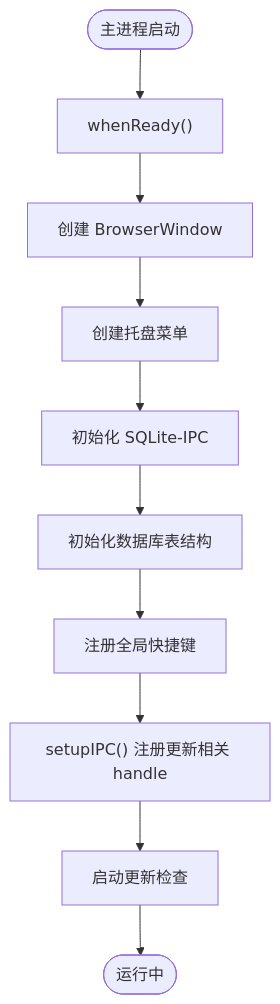
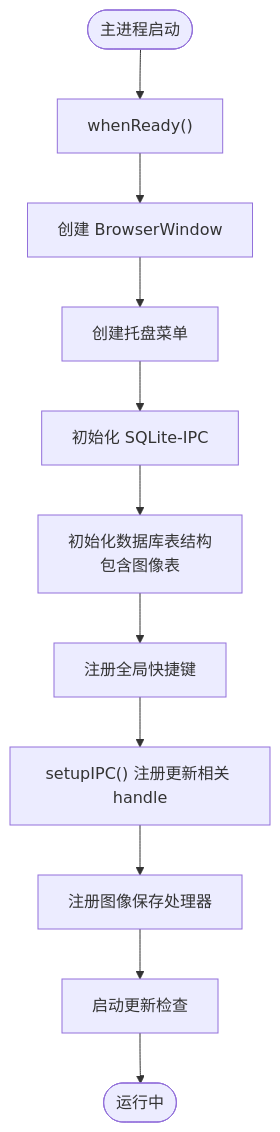
One commit to scgithub3220216/password-manager changed the third of 9 diagrams in .qoder/repowiki/zh/content/架构设计/IPC通信机制.md. Above: the diagram before and after it, drawn with Mermaid. The commit also changed other lines of this file and 9 other files, not shown here.

First line of the commit message:
feat(sync): 新增图像数据同步支持

````diff
--- a/.qoder/repowiki/zh/content/架构设计/IPC通信机制.md
+++ b/.qoder/repowiki/zh/content/架构设计/IPC通信机制.md
@@ -151,12 +167,13 @@
 ```mermaid
 flowchart TD
 Start(["主进程启动"]) --> Ready["whenReady()"]
 Ready --> CreateWin["创建 BrowserWindow"]
 CreateWin --> Tray["创建托盘菜单"]
 Tray --> SQLiteIPC["初始化 SQLite-IPC"]
-SQLiteIPC --> InitTables["初始化数据库表结构"]
+SQLiteIPC --> InitTables["初始化数据库表结构<br/>包含图像表"]
 InitTables --> Shortcuts["注册全局快捷键"]
 Shortcuts --> SetupIPC["setupIPC() 注册更新相关 handle"]
-SetupIPC --> UpdateMgr["启动更新检查"]
+SetupIPC --> ImageHandler["注册图像保存处理器"]
+ImageHandler --> UpdateMgr["启动更新检查"]
 UpdateMgr --> End(["运行中"])
 ```
````
